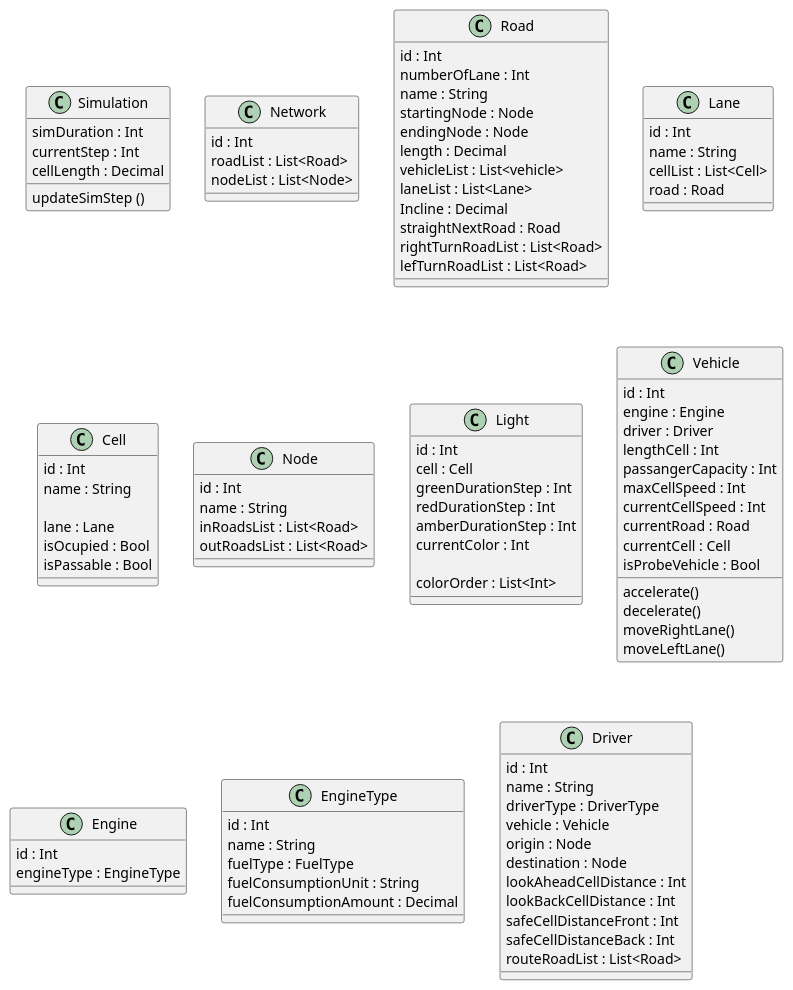
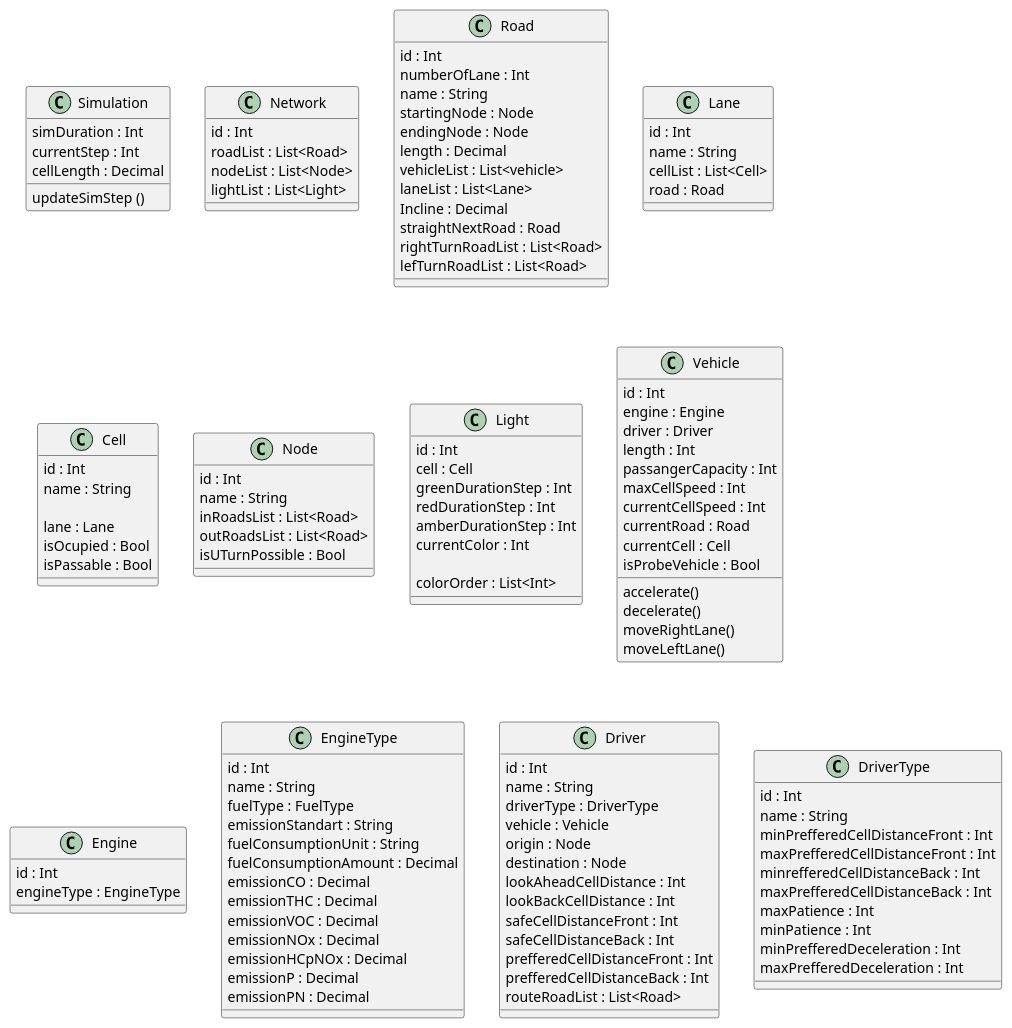
Before and after one commit to flyinganthiochian/CATS: the diagram in DiagramClass.puml, drawn with PlantUML.

Commit message:
Driver, DriverType, EngineType added

```diff
--- a/DiagramClass.puml
+++ b/DiagramClass.puml
@@ -1,120 +1,148 @@
 @startuml "CATS Class Diagram"
  class Simulation {
     simDuration : Int
     currentStep : Int
     cellLength : Decimal
     updateSimStep ()
 
  }
 
  class Network {
     id : Int
     roadList : List<Road>
     nodeList : List<Node>
+    lightList : List<Light>
+
     
  }
 
  class Road {
     id : Int
     numberOfLane : Int
     name : String
     startingNode : Node
     endingNode : Node
     length : Decimal
     vehicleList : List<vehicle>
     laneList : List<Lane>
     Incline : Decimal
     straightNextRoad : Road
     rightTurnRoadList : List<Road>
     lefTurnRoadList : List<Road>
 
 
  }
 
  class Lane {
     id : Int
     name : String
     cellList : List<Cell>
     road : Road
 
  }
 
  class Cell {
     id : Int
     name : String
     
     lane : Lane
     isOcupied : Bool
     isPassable : Bool
  }
 
  class Node {
     id : Int
     name : String
     inRoadsList : List<Road>
     outRoadsList : List<Road>
+    isUTurnPossible : Bool
 
  }
 
  class Light {
     id : Int
     cell : Cell
     greenDurationStep : Int
     redDurationStep : Int
     amberDurationStep : Int
     currentColor : Int
     
     colorOrder : List<Int>
  }
 
  class Vehicle {
     id : Int
     engine : Engine
     driver : Driver
-    lengthCell : Int
+    length : Int
     passangerCapacity : Int
     maxCellSpeed : Int
     currentCellSpeed : Int
     currentRoad : Road
     currentCell : Cell
     isProbeVehicle : Bool
 
     accelerate()
     decelerate()
     moveRightLane()
     moveLeftLane()
 
  }
 
  class Engine {
     id : Int
     engineType : EngineType
 
 
  }
 
  class EngineType {
     id : Int
     name : String
     fuelType : FuelType
+    emissionStandart : String
     fuelConsumptionUnit : String
     fuelConsumptionAmount : Decimal
+    emissionCO : Decimal
+    emissionTHC : Decimal
+    emissionVOC : Decimal
+    emissionNOx : Decimal
+    emissionHCpNOx : Decimal
+    emissionP : Decimal
+    emissionPN : Decimal
 
  }
 
  class Driver {
     id : Int
     name : String
     driverType : DriverType
     vehicle : Vehicle
     origin : Node
     destination : Node
     lookAheadCellDistance : Int
     lookBackCellDistance : Int
     safeCellDistanceFront : Int
     safeCellDistanceBack : Int
+    prefferedCellDistanceFront : Int
+    prefferedCellDistanceBack : Int
     routeRoadList : List<Road>
     
 
  }
+
+ class DriverType {
+    id : Int
+    name : String
+    minPrefferedCellDistanceFront : Int
+    maxPrefferedCellDistanceFront : Int
+    minrefferedCellDistanceBack : Int
+    maxPrefferedCellDistanceBack : Int
+    maxPatience : Int
+    minPatience : Int
+    minPrefferedDeceleration : Int
+    maxPrefferedDeceleration : Int
+    
+
+ }
 @enduml
```
